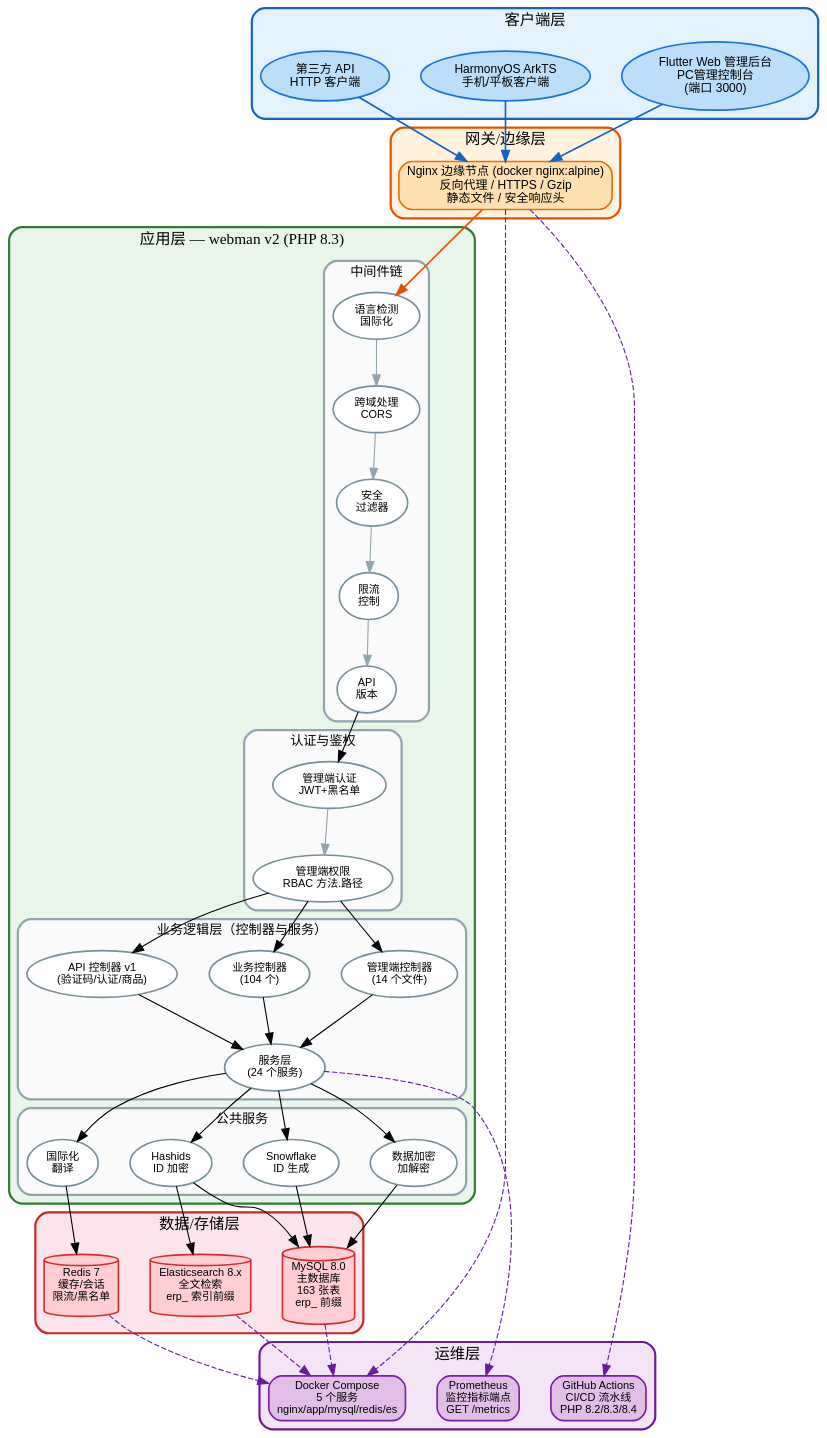
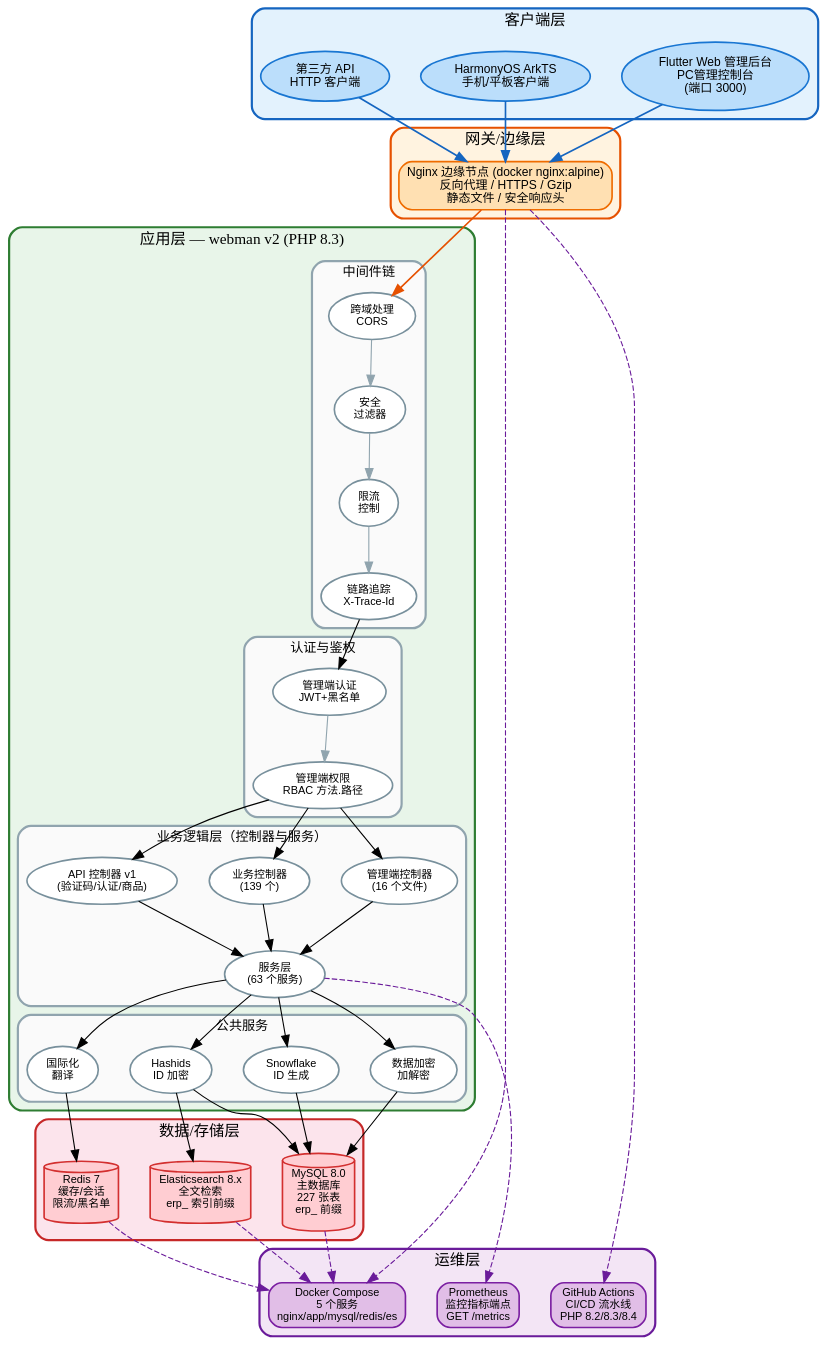
The diagram in docs/diagrams/system-architecture-cn.dot (erikwang2013/erp-php), drawn with Graphviz before and after one commit. The commit also changed 325 other files, not shown here.

```diff
--- a/docs/diagrams/system-architecture-cn.dot
+++ b/docs/diagrams/system-architecture-cn.dot
@@ -1,104 +1,104 @@
 digraph SystemArchitectureCN {
     rankdir=TB;
     fontname="Arial";
     fontsize=14;
     bgcolor="transparent";
     nodesep=0.4;
     ranksep=0.6;
     compound=true;
 
     node [fontname="Arial", fontsize=11, style="filled,rounded", penwidth=1.5];
 
     subgraph cluster_client {
         label="客户端层";
         fontsize=14; fontname="Arial Bold";
         style="filled,rounded"; fillcolor="#e3f2fd"; color="#1565c0"; penwidth=2;
         a1 [label="Flutter Web 管理后台\nPC管理控制台\n(端口 3000)", fillcolor="#bbdefb", color="#1976d2"];
         a2 [label="HarmonyOS ArkTS\n手机/平板客户端", fillcolor="#bbdefb", color="#1976d2"];
         a3 [label="第三方 API\nHTTP 客户端", fillcolor="#bbdefb", color="#1976d2"];
     }
 
     subgraph cluster_edge {
         label="网关/边缘层";
         fontsize=14; fontname="Arial Bold";
         style="filled,rounded"; fillcolor="#fff3e0"; color="#e65100"; penwidth=2;
         b1 [label="Nginx 边缘节点 (docker nginx:alpine)\n反向代理 / HTTPS / Gzip\n静态文件 / 安全响应头", fillcolor="#ffe0b2", color="#ef6c00", shape="box"];
     }
 
     subgraph cluster_app {
         label="应用层 — webman v2 (PHP 8.3)";
         fontsize=14; fontname="Arial Bold";
         style="filled,rounded"; fillcolor="#e8f5e9"; color="#2e7d32"; penwidth=2;
 
         subgraph cluster_mw {
             label="中间件链";
             fontsize=12; fontname="Arial Bold";
             style="filled,rounded"; fillcolor="#fafafa"; color="#90a4ae";
             node [fillcolor="#ffffff", color="#78909c", fontsize=10];
-            m1 [label="语言检测\n国际化"]; m2 [label="跨域处理\nCORS"]; m3 [label="安全\n过滤器"]; m4 [label="限流\n控制"]; m5 [label="API\n版本"];
-            m1 -> m2 -> m3 -> m4 -> m5 [color="#90a4ae"];
+            m1 [label="跨域处理\nCORS"]; m2 [label="安全\n过滤器"]; m3 [label="限流\n控制"]; m4 [label="链路追踪\nX-Trace-Id"];
+            m1 -> m2 -> m3 -> m4 [color="#90a4ae"];
         }
 
         subgraph cluster_auth {
             label="认证与鉴权";
             fontsize=12; fontname="Arial Bold";
             style="filled,rounded"; fillcolor="#fafafa"; color="#90a4ae";
             node [fillcolor="#ffffff", color="#78909c", fontsize=10];
             m6 [label="管理端认证\nJWT+黑名单"]; m7 [label="管理端权限\nRBAC 方法.路径"];
             m6 -> m7 [color="#90a4ae"];
         }
 
         subgraph cluster_biz {
             label="业务逻辑层（控制器与服务）";
             fontsize=12; fontname="Arial Bold";
             style="filled,rounded"; fillcolor="#fafafa"; color="#90a4ae";
             node [fillcolor="#ffffff", color="#78909c", fontsize=10];
-            c1 [label="管理端控制器\n(14 个文件)"]; c2 [label="业务控制器\n(104 个)"]; c3 [label="服务层\n(24 个服务)"]; c4 [label="API 控制器 v1\n(验证码/认证/商品)"];
+            c1 [label="管理端控制器\n(16 个文件)"]; c2 [label="业务控制器\n(139 个)"]; c3 [label="服务层\n(63 个服务)"]; c4 [label="API 控制器 v1\n(验证码/认证/商品)"];
         }
 
         subgraph cluster_common {
             label="公共服务";
             fontsize=12; fontname="Arial Bold";
             style="filled,rounded"; fillcolor="#fafafa"; color="#90a4ae";
             node [fillcolor="#ffffff", color="#78909c", fontsize=10];
             s1 [label="Hashids\nID 加密"]; s2 [label="Snowflake\nID 生成"]; s3 [label="数据加密\n加解密"]; s4 [label="国际化\n翻译"];
         }
 
-        m5 -> m6; m7 -> c1; m7 -> c2; m7 -> c4;
+        m4 -> m6; m7 -> c1; m7 -> c2; m7 -> c4;
         c1 -> c3; c2 -> c3; c4 -> c3;
         c3 -> s1; c3 -> s2; c3 -> s3; c3 -> s4;
     }
 
     subgraph cluster_data {
         label="数据/存储层";
         fontsize=14; fontname="Arial Bold";
         style="filled,rounded"; fillcolor="#fce4ec"; color="#c62828"; penwidth=2;
         node [shape="cylinder", fillcolor="#ffcdd2", color="#d32f2f", fontsize=10];
-        d1 [label="MySQL 8.0\n主数据库\n163 张表\nerp_ 前缀"];
+        d1 [label="MySQL 8.0\n主数据库\n227 张表\nerp_ 前缀"];
         d2 [label="Redis 7\n缓存/会话\n限流/黑名单"];
         d3 [label="Elasticsearch 8.x\n全文检索\nerp_ 索引前缀"];
     }
 
     subgraph cluster_devops {
         label="运维层";
         fontsize=14; fontname="Arial Bold";
         style="filled,rounded"; fillcolor="#f3e5f5"; color="#6a1b9a"; penwidth=2;
         node [shape="box", fillcolor="#e1bee7", color="#7b1fa2", fontsize=10];
         e1 [label="GitHub Actions\nCI/CD 流水线\nPHP 8.2/8.3/8.4"];
         e2 [label="Docker Compose\n5 个服务\nnginx/app/mysql/redis/es"];
         e3 [label="Prometheus\n监控指标端点\nGET /metrics"];
     }
 
     a1 -> b1 [color="#1565c0", penwidth=1.5];
     a2 -> b1 [color="#1565c0", penwidth=1.5];
     a3 -> b1 [color="#1565c0", penwidth=1.5];
     b1 -> m1 [color="#e65100", penwidth=1.5];
     s1 -> d1; s2 -> d1; s3 -> d1; s1 -> d3;
     s4 -> d2;
     b1 -> e1 [style="dashed", color="#6a1b9a"];
     b1 -> e2 [style="dashed", color="#6a1b9a"];
     c3 -> e3 [style="dashed", color="#6a1b9a"];
     d1 -> e2 [style="dashed", color="#6a1b9a"];
     d2 -> e2 [style="dashed", color="#6a1b9a"];
     d3 -> e2 [style="dashed", color="#6a1b9a"];
 }
```
